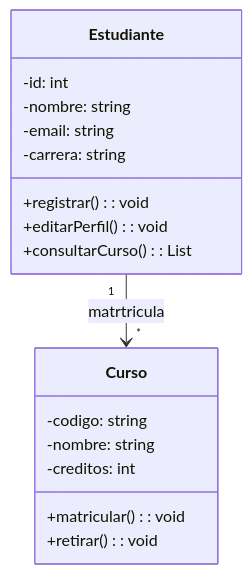
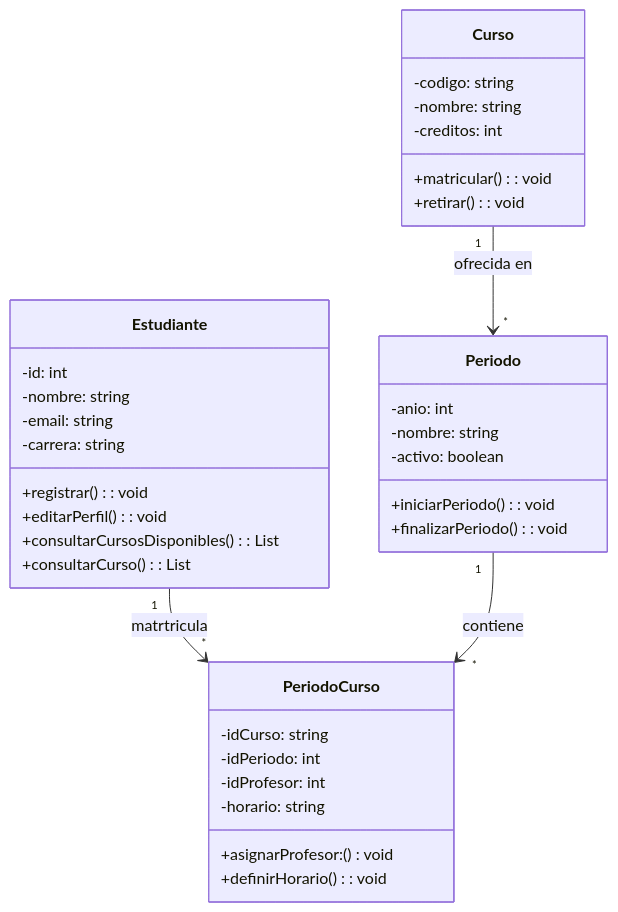
The diagram in Lab01/Diagrama de clase.mmd (ElisaulJ/ll-51-Laboratorios), drawn with Mermaid before and after one commit.

Commit message:
Diagrama De Clase Estudiante

```diff
--- a/Lab01/Diagrama de clase.mmd
+++ b/Lab01/Diagrama de clase.mmd
@@ -1,20 +1,40 @@
 classDiagram
     class Estudiante {
         -id: int
         -nombre: string
         -email: string
         -carrera: string
         +registrar(): void
         +editarPerfil(): void
+        +consultarCursosDisponibles(): List<curso>
         +consultarCurso(): List<Curso>
     }
 
     class Curso {
         -codigo: string
         -nombre: string
         -creditos: int 
         +matricular(): void
         +retirar(): void
     }
 
-    Estudiante "1" --> "*" Curso: matrtricula
+    class Periodo {
+        -anio: int
+        -nombre: string
+        -activo: boolean
+        +iniciarPeriodo(): void
+        +finalizarPeriodo(): void
+    }
+
+    class PeriodoCurso {
+        -idCurso: string
+        -idPeriodo: int
+        -idProfesor: int
+        -horario: string
+        +asignarProfesor:() void
+        +definirHorario(): void 
+    }
+
+    Estudiante "1" --> "*" PeriodoCurso: matrtricula
+    Curso "1" --> "*" Periodo : ofrecida en 
+    Periodo "1" --> "*" PeriodoCurso : contiene
```
